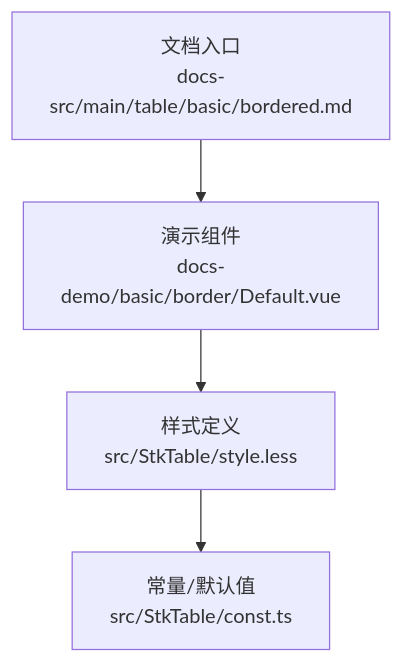
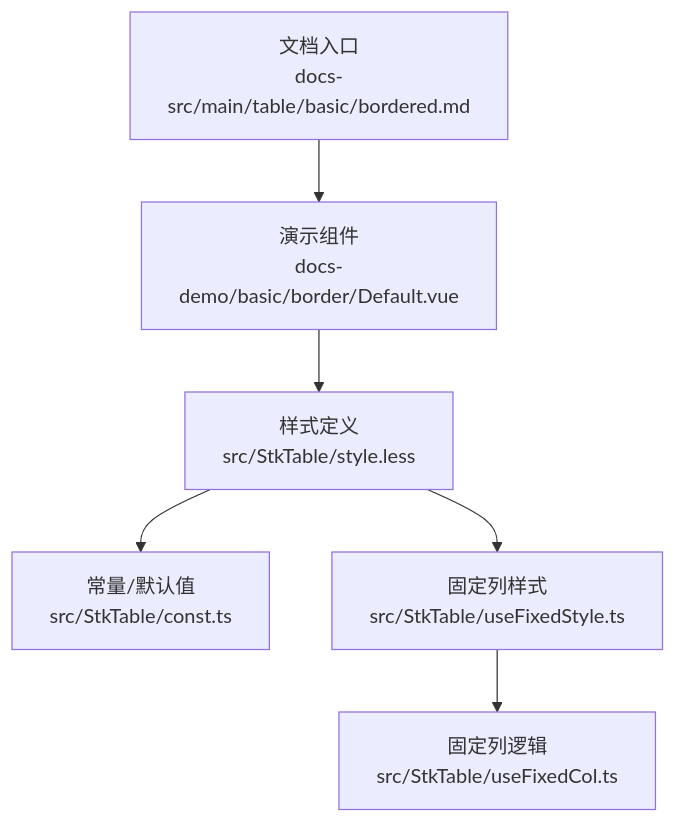
The first of 3 diagrams in .qoder/repowiki/zh/content/基础功能/边框样式.md (ja-plus/stk-table-vue), drawn with Mermaid before and after one commit. The commit also changed other lines of this file and 47 other files, not shown here.

````diff
--- a/.qoder/repowiki/zh/content/基础功能/边框样式.md
+++ b/.qoder/repowiki/zh/content/基础功能/边框样式.md
@@ -32,6 +43,8 @@
 ```mermaid
 graph TB
 A["文档入口<br/>docs-src/main/table/basic/bordered.md"] --> B["演示组件<br/>docs-demo/basic/border/Default.vue"]
 B --> C["样式定义<br/>src/StkTable/style.less"]
 C --> D["常量/默认值<br/>src/StkTable/const.ts"]
+C --> E["固定列样式<br/>src/StkTable/useFixedStyle.ts"]
+E --> F["固定列逻辑<br/>src/StkTable/useFixedCol.ts"]
 ```
````
